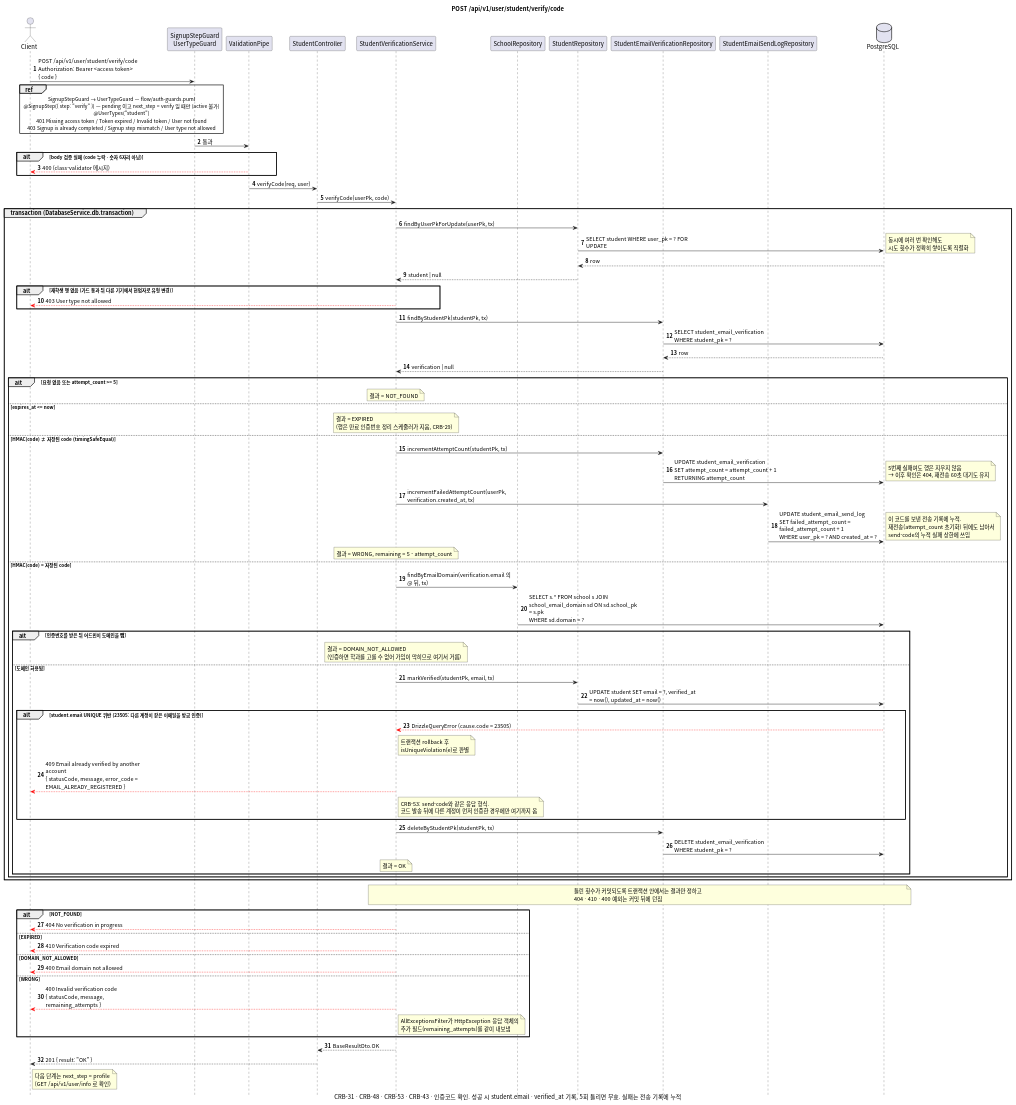
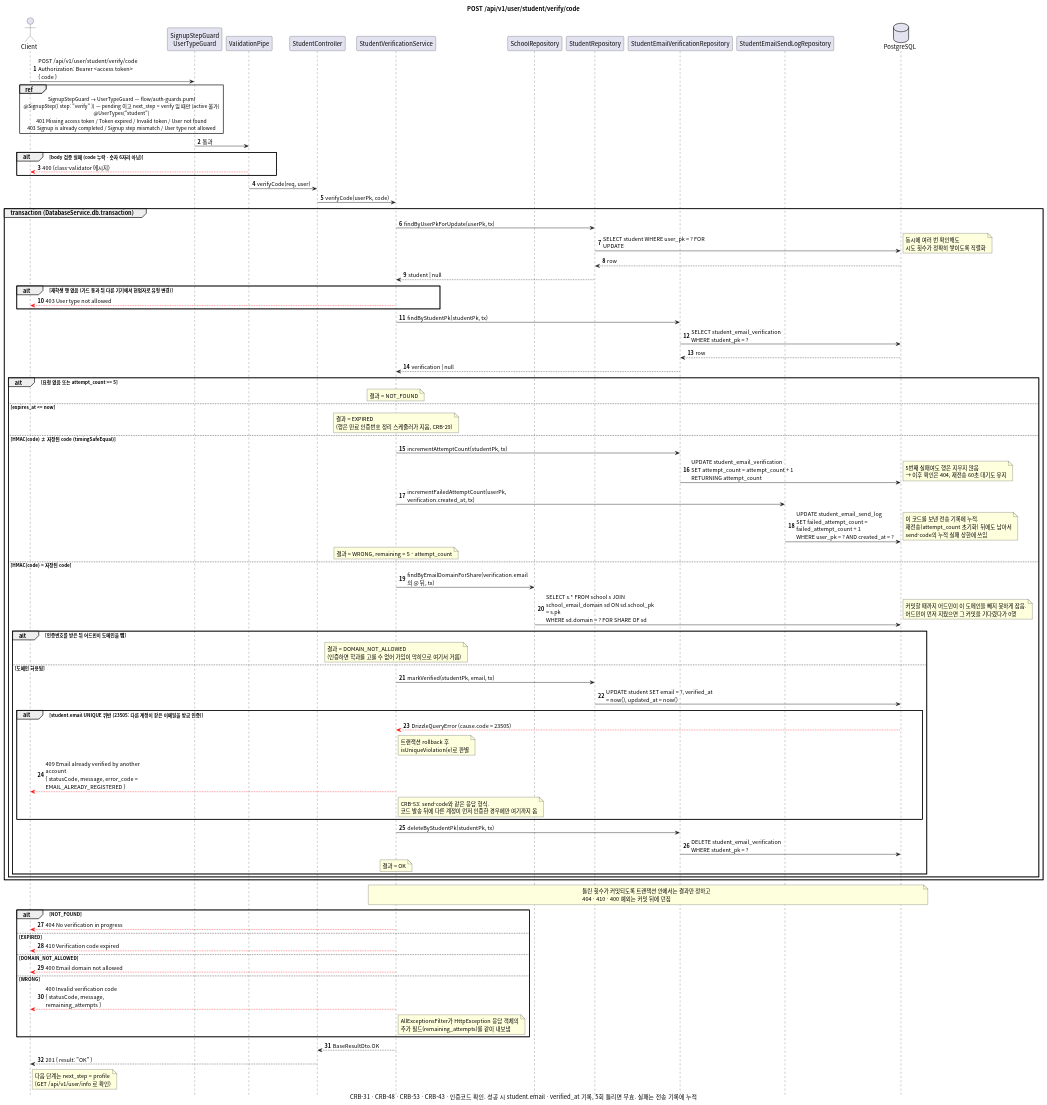
Before and after one commit to gsainfoteam/cheers-be: the diagram in docs/sequence/student/post-verify-code.puml, drawn with PlantUML. The commit also changed 14 other files, not shown here.

Commit message:
- bug: serialize domain removal with verification and keep one active department (CRB-43)

```diff
--- a/docs/sequence/student/post-verify-code.puml
+++ b/docs/sequence/student/post-verify-code.puml
@@ -1,117 +1,118 @@
 @startuml post-verify-code
 skinparam defaultFontName "Apple SD Gothic Neo", "Noto Sans CJK KR", sans-serif
 skinparam responseMessageBelowArrow true
 skinparam sequenceMessageAlign left
 skinparam maxMessageSize 260
 skinparam BoxPadding 8
 skinparam shadowing false
 autonumber
 hide footbox
 
 title POST /api/v1/user/student/verify/code
 caption CRB-31 · CRB-48 · CRB-53 · CRB-43 · 인증코드 확인. 성공 시 student.email · verified_at 기록, 5회 틀리면 무효. 실패는 전송 기록에 누적
 
 actor Client
 participant "SignupStepGuard\nUserTypeGuard" as Guard
 participant "ValidationPipe" as Pipe
 participant "StudentController" as Controller
 participant "StudentVerificationService" as Service
 participant "SchoolRepository" as SchoolRepository
 participant "StudentRepository" as StudentRepository
 participant "StudentEmailVerificationRepository" as VerificationRepository
 participant "StudentEmailSendLogRepository" as SendLogRepository
 database PostgreSQL
 
 Client -> Guard: POST /api/v1/user/student/verify/code\nAuthorization: Bearer <access token>\n{ code }
 ref over Client, Guard
   SignupStepGuard → UserTypeGuard — flow/auth-guards.puml
   @SignupStep({ step: "verify" }) — pending 이고 next_step = verify 일 때만 (active 불가)
   @UserTypes("student")
   401 Missing access token / Token expired / Invalid token / User not found
   403 Signup is already completed / Signup step mismatch / User type not allowed
 end ref
 Guard -> Pipe: 통과
 alt body 검증 실패 (code 누락 · 숫자 6자리 아님)
   Pipe -[#red]-> Client: 400 (class-validator 메시지)
 end
 Pipe -> Controller: verifyCode(req, user)
 Controller -> Service: verifyCode(userPk, code)
 
 group transaction (DatabaseService.db.transaction)
   Service -> StudentRepository: findByUserPkForUpdate(userPk, tx)
   StudentRepository -> PostgreSQL: SELECT student WHERE user_pk = ? FOR UPDATE
   note right: 동시에 여러 번 확인해도\n시도 횟수가 정확히 쌓이도록 직렬화
   PostgreSQL --> StudentRepository: row
   StudentRepository --> Service: student | null
   alt 재학생 행 없음 (가드 통과 뒤 다른 기기에서 현업자로 유형 변경)
     Service -[#red]-> Client: 403 User type not allowed
   end
 
   Service -> VerificationRepository: findByStudentPk(studentPk, tx)
   VerificationRepository -> PostgreSQL: SELECT student_email_verification WHERE student_pk = ?
   PostgreSQL --> VerificationRepository: row
   VerificationRepository --> Service: verification | null
 
   alt 요청 없음 또는 attempt_count >= 5
     note over Service: 결과 = NOT_FOUND
   else expires_at <= now
     note over Service: 결과 = EXPIRED\n(행은 만료 인증번호 정리 스케줄러가 지움, CRB-29)
   else HMAC(code) ≠ 저장된 code (timingSafeEqual)
     Service -> VerificationRepository: incrementAttemptCount(studentPk, tx)
     VerificationRepository -> PostgreSQL: UPDATE student_email_verification\nSET attempt_count = attempt_count + 1 RETURNING attempt_count
     note right
       5번째 실패여도 행은 지우지 않음
       → 이후 확인은 404, 재전송 60초 대기도 유지
     end note
     Service -> SendLogRepository: incrementFailedAttemptCount(userPk, verification.created_at, tx)
     SendLogRepository -> PostgreSQL: UPDATE student_email_send_log\nSET failed_attempt_count = failed_attempt_count + 1\nWHERE user_pk = ? AND created_at = ?
     note right
       이 코드를 보낸 전송 기록에 누적.
       재전송(attempt_count 초기화) 뒤에도 남아서
       send-code의 누적 실패 상한에 쓰임
     end note
     note over Service: 결과 = WRONG, remaining = 5 - attempt_count
   else HMAC(code) = 저장된 code
-    Service -> SchoolRepository: findByEmailDomain(verification.email 의 @ 뒤, tx)
-    SchoolRepository -> PostgreSQL: SELECT s.* FROM school s JOIN school_email_domain sd ON sd.school_pk = s.pk\nWHERE sd.domain = ?
+    Service -> SchoolRepository: findByEmailDomainForShare(verification.email 의 @ 뒤, tx)
+    SchoolRepository -> PostgreSQL: SELECT s.* FROM school s JOIN school_email_domain sd ON sd.school_pk = s.pk\nWHERE sd.domain = ? FOR SHARE OF sd
+    note right: 커밋할 때까지 어드민이 이 도메인을 빼지 못하게 잡음.\n어드민이 먼저 지웠으면 그 커밋을 기다렸다가 0행
     alt 인증번호를 받은 뒤 어드민이 도메인을 뺌
       note over Service: 결과 = DOMAIN_NOT_ALLOWED\n(인증하면 학과를 고를 수 없어 가입이 막히므로 여기서 거름)
     else 도메인 허용됨
     Service -> StudentRepository: markVerified(studentPk, email, tx)
     StudentRepository -> PostgreSQL: UPDATE student SET email = ?, verified_at = now(), updated_at = now()
     alt student.email UNIQUE 위반 (23505: 다른 계정이 같은 이메일을 방금 인증)
       PostgreSQL -[#red]-> Service: DrizzleQueryError (cause.code = 23505)
       note right of Service: 트랜잭션 rollback 후\nisUniqueViolation(e)로 판별
       Service -[#red]-> Client: 409 Email already verified by another account\n{ statusCode, message, error_code = EMAIL_ALREADY_REGISTERED }
       note right of Service: CRB-53: send-code와 같은 응답 형식.\n코드 발송 뒤에 다른 계정이 먼저 인증한 경우에만 여기까지 옴
     end
     Service -> VerificationRepository: deleteByStudentPk(studentPk, tx)
     VerificationRepository -> PostgreSQL: DELETE student_email_verification WHERE student_pk = ?
     note over Service: 결과 = OK
     end
   end
 end
 note over Service, PostgreSQL
   틀린 횟수가 커밋되도록 트랜잭션 안에서는 결과만 정하고
   404 · 410 · 400 예외는 커밋 뒤에 던짐
 end note
 
 alt NOT_FOUND
   Service -[#red]-> Client: 404 No verification in progress
 else EXPIRED
   Service -[#red]-> Client: 410 Verification code expired
 else DOMAIN_NOT_ALLOWED
   Service -[#red]-> Client: 400 Email domain not allowed
 else WRONG
   Service -[#red]-> Client: 400 Invalid verification code\n{ statusCode, message, remaining_attempts }
   note right of Service
     AllExceptionsFilter가 HttpException 응답 객체의
     추가 필드(remaining_attempts)를 같이 내보냄
   end note
 end
 
 Service --> Controller: BaseResultDto.OK
 Controller --> Client: 201 { result: "OK" }
 note right of Client: 다음 단계는 next_step = profile\n(GET /api/v1/user/info 로 확인)
 
 @enduml
```
